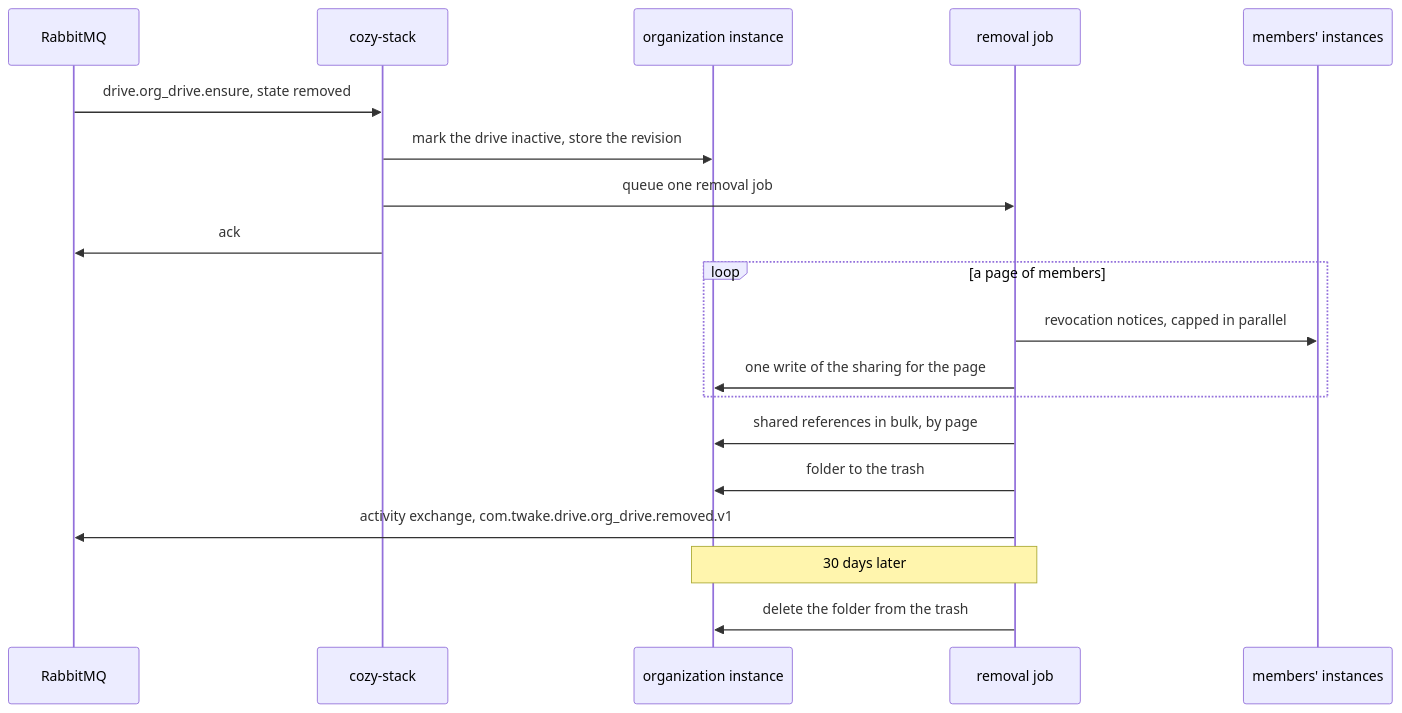
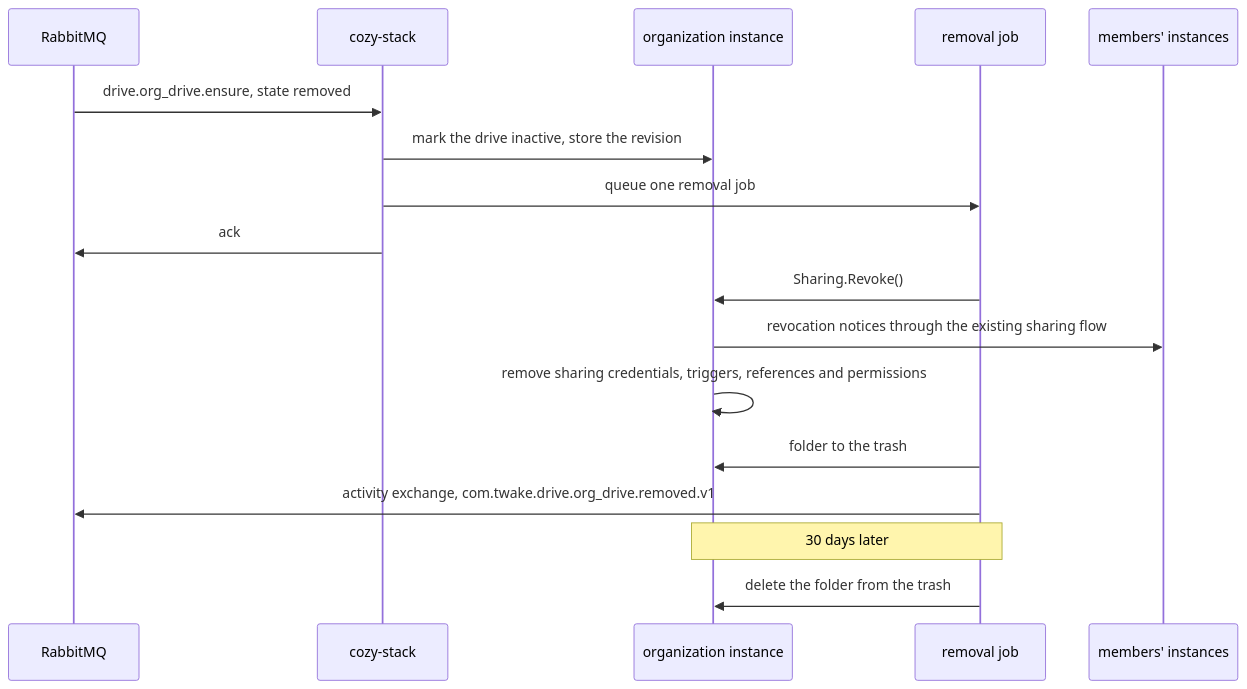
Before and after one commit to cozy/cozy-stack: the third of 3 diagrams in docs/adr/009-adr-org-drive-provisioning.md, drawn with Mermaid. The commit also changed other lines of this file and 5 other files, not shown here.

Commit message:
refactor(orgdrive): reuse sharing revocation for removal

````diff
--- a/docs/adr/009-adr-org-drive-provisioning.md
+++ b/docs/adr/009-adr-org-drive-provisioning.md
@@ -119,21 +119,19 @@
 ```mermaid
 sequenceDiagram
   participant R as RabbitMQ
   participant S as cozy-stack
   participant O as organization instance
   participant J as removal job
   participant M as members' instances
   R->>S: drive.org_drive.ensure, state removed
   S->>O: mark the drive inactive, store the revision
   S->>J: queue one removal job
   S->>R: ack
-  loop a page of members
-    J->>M: revocation notices, capped in parallel
-    J->>O: one write of the sharing for the page
-  end
-  J->>O: shared references in bulk, by page
+  J->>O: Sharing.Revoke()
+  O->>M: revocation notices through the existing sharing flow
+  O->>O: remove sharing credentials, triggers, references and permissions
   J->>O: folder to the trash
   J->>R: activity exchange, com.twake.drive.org_drive.removed.v1
   Note over J,O: 30 days later
   J->>O: delete the folder from the trash
 ```
````
